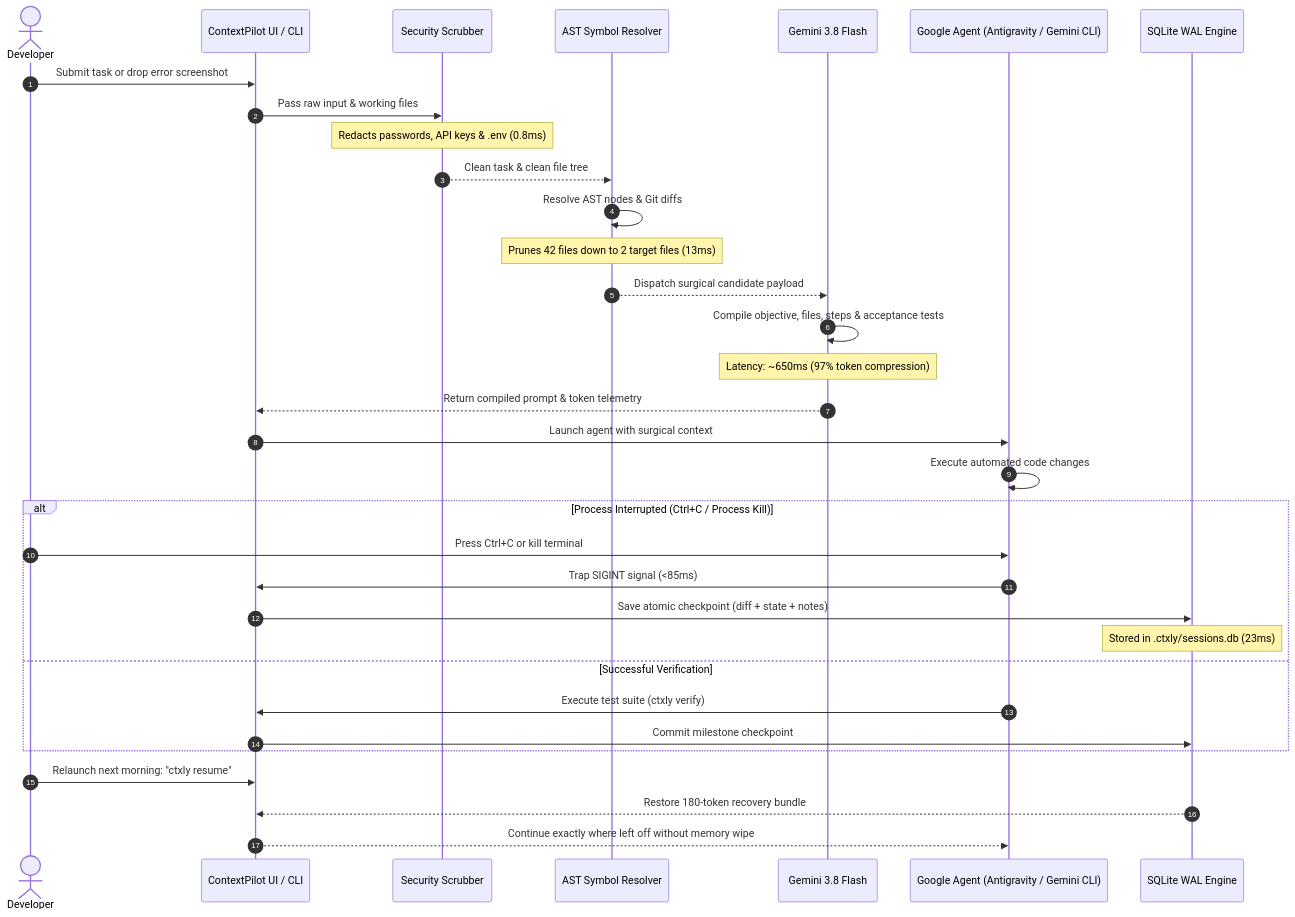
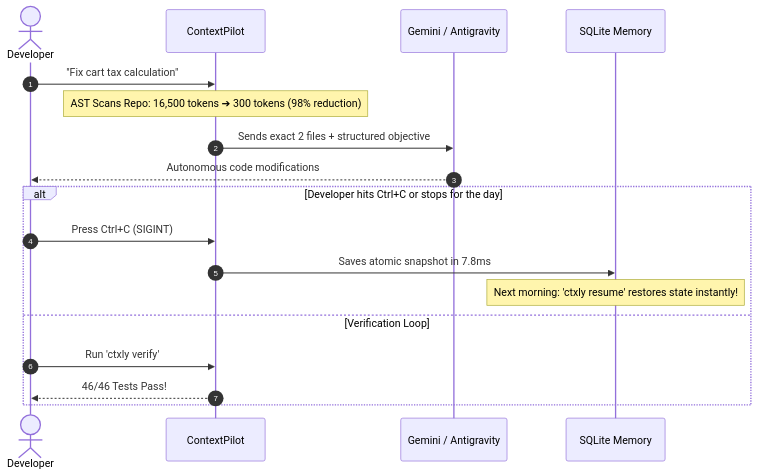
One commit to ananyapandey9895/context-g changed the second of 3 diagrams in README.md. Above: the diagram before and after it, drawn with Mermaid. The commit also changed other lines of this file, not shown here.

Commit message:
docs: streamline README with YC-level clarity and crystal-clear intuitive diagrams

````diff
--- a/README.md
+++ b/README.md
@@ -100,41 +66,22 @@
 ```mermaid
 sequenceDiagram
     autonumber
     actor Dev as Developer
-    participant UI as ContextPilot UI / CLI
-    participant Scrubber as Security Scrubber
-    participant AST as AST Symbol Resolver
-    participant Gemini as Gemini 3.8 Flash
-    participant Agent as Google Agent (Antigravity / Gemini CLI)
-    participant WAL as SQLite WAL Engine
+    participant CP as ContextPilot
+    participant AI as Gemini / Antigravity
+    participant DB as SQLite Memory
 
-    Dev->>UI: Submit task or drop error screenshot
-    UI->>Scrubber: Pass raw input & working files
-    Note over Scrubber: Redacts passwords, API keys & .env (0.8ms)
-    Scrubber-->>AST: Clean task & clean file tree
-
-    AST->>AST: Resolve AST nodes & Git diffs
-    Note over AST: Prunes 42 files down to 2 target files (13ms)
-    AST-->>Gemini: Dispatch surgical candidate payload
-
-    Gemini->>Gemini: Compile objective, files, steps & acceptance tests
-    Note over Gemini: Latency: ~650ms (97% token compression)
-    Gemini-->>UI: Return compiled prompt & token telemetry
-
-    UI->>Agent: Launch agent with surgical context
-    Agent->>Agent: Execute automated code changes
-
-    alt Process Interrupted (Ctrl+C / Process Kill)
-        Dev->>Agent: Press Ctrl+C or kill terminal
-        Agent->>UI: Trap SIGINT signal (<85ms)
-        UI->>WAL: Save atomic checkpoint (diff + state + notes)
-        Note over WAL: Stored in .ctxly/sessions.db (23ms)
-    else Successful Verification
-        Agent->>UI: Execute test suite (ctxly verify)
-        UI->>WAL: Commit milestone checkpoint
+    Dev->>CP: "Fix cart tax calculation"
+    Note over CP: AST Scans Repo: 16,500 tokens ➔ 300 tokens (98% reduction)
+    CP->>AI: Sends exact 2 files + structured objective
+    AI-->>Dev: Autonomous code modifications
+    
+    alt Developer hits Ctrl+C or stops for the day
+        Dev->>CP: Press Ctrl+C (SIGINT)
+        CP->>DB: Saves atomic snapshot in 7.8ms
+        Note over DB: Next morning: 'ctxly resume' restores state instantly!
+    else Verification Loop
+        Dev->>CP: Run 'ctxly verify'
+        CP-->>Dev: 46/46 Tests Pass!
     end
-
-    Dev->>UI: Relaunch next morning: "ctxly resume"
-    WAL-->>UI: Restore 180-token recovery bundle
-    UI-->>Agent: Continue exactly where left off without memory wipe
 ```
````
